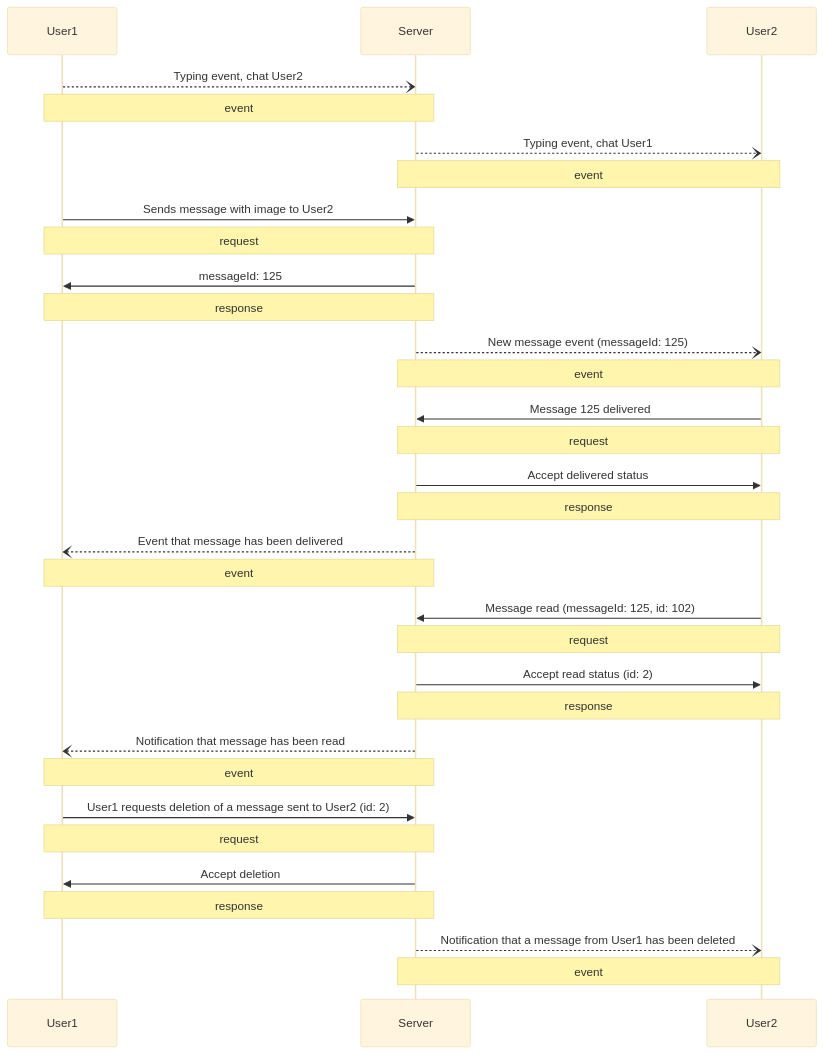
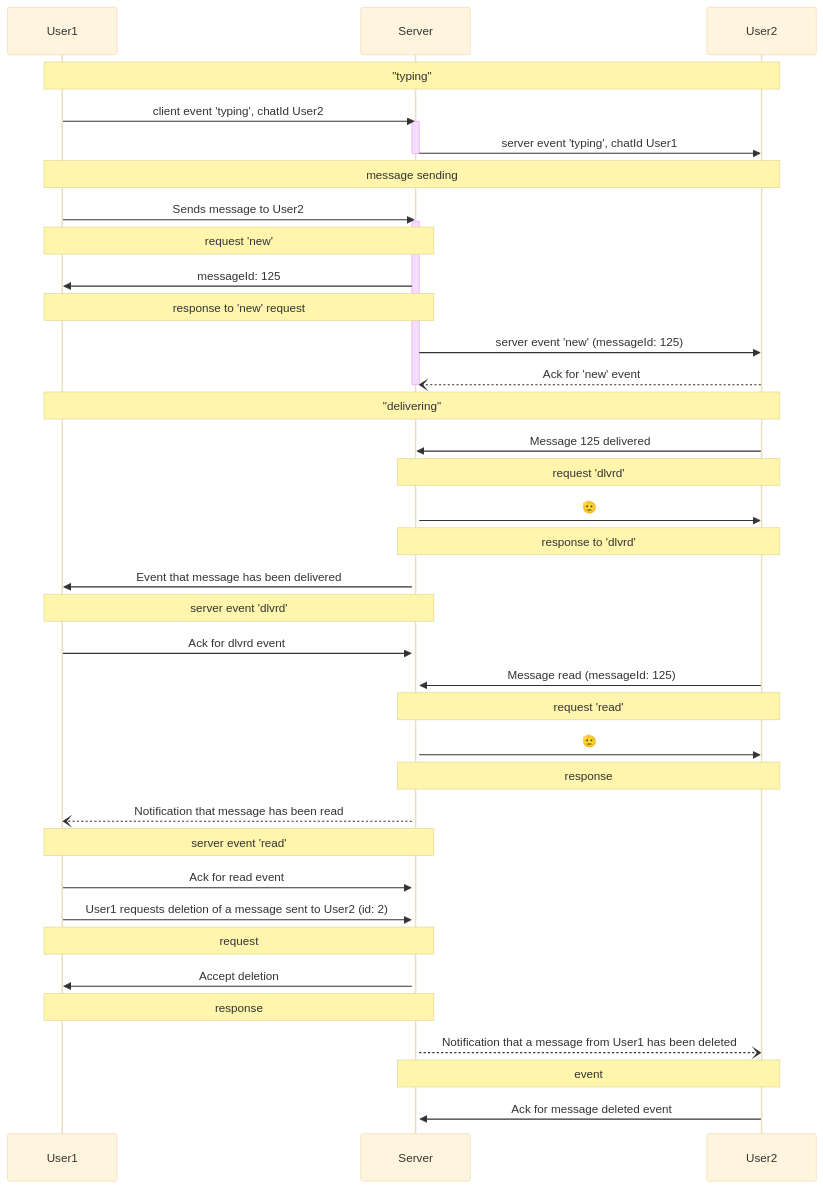
The second of 2 diagrams in src/index.md (k2fintech-gmbh/docs), drawn with Mermaid (base theme) before and after one commit. The commit also changed other lines of this file and 12 other files, not shown here.

````diff
--- a/src/index.md
+++ b/src/index.md
@@ -82,44 +85,58 @@
 ```mermaid
 sequenceDiagram
     participant User1
     participant Server
     participant User2
 
+    
 
+        
+    Note over User1,User2: "typing"
+    User1->>Server: client event 'typing', chatId User2
+    activate Server
+    
+    Server->>User2: server event 'typing', chatId User1
+    deactivate Server
 
-    User1--)Server: Typing event, chat User2
-    Note over User1,Server: event
-
-    Server--)User2: Typing event, chat User1
-    Note over  Server,User2: event
-
-    User1->>Server: Sends message with image to User2
-    Note over User1,Server: request
+    Note over User1,User2: message sending
+    User1->>Server: Sends message to User2
+    activate Server
+    Note over User1,Server: request 'new'
     Server->>User1: messageId: 125
-    Note over  Server,User1: response
-    Server--)User2: New message event (messageId: 125)
-    Note over  Server,User2: event
-
+    Note over  Server,User1: response to 'new' request
+    Server->>User2: server event 'new' (messageId: 125)
+    User2--)Server: Ack for 'new' event
+    deactivate Server
+    Note over User1,User2: "delivering"
+    
     User2->>Server: Message 125 delivered
-    Note over  User2,Server: request
-    Server->>User2: Accept delivered status
+    activate Server
+    Note over  User2,Server: request 'dlvrd'
+    Server->>User2: 🫡
+    Note over  Server,User2: response to 'dlvrd'
+    Server->>User1: Event that message has been delivered
+    Note over  Server,User1: server event 'dlvrd'
+    User1->>Server: Ack for dlvrd event
+    
+    
+    User2->>Server: Message read (messageId: 125)
+    Note over User2,Server: request 'read'
+    Server->>User2: 🫡
     Note over  Server,User2: response
-
-    Server--)User1: Event that message has been delivered
-    Note over  Server,User1: event
-
-    User2->>Server: Message read (messageId: 125, id: 102)
-    Note over User2,Server: request
-    Server->>User2: Accept read status (id: 2)
-    Note over  Server,User2: response
+    
     Server--)User1: Notification that message has been read
-    Note over  Server,User1: event
-
+    Note over  Server,User1: server event 'read'
+    User1->>Server: Ack for read event
+    
+        
     User1->>Server: User1 requests deletion of a message sent to User2 (id: 2)
     Note over User1,Server: request
-
+    
     Server->>User1: Accept deletion
     Note over Server,User1: response
     Server--)User2: Notification that a message from User1 has been deleted
     Note over  Server,User2: event
+    User2->>Server: Ack for message deleted event
+    
+    
 ```
````
